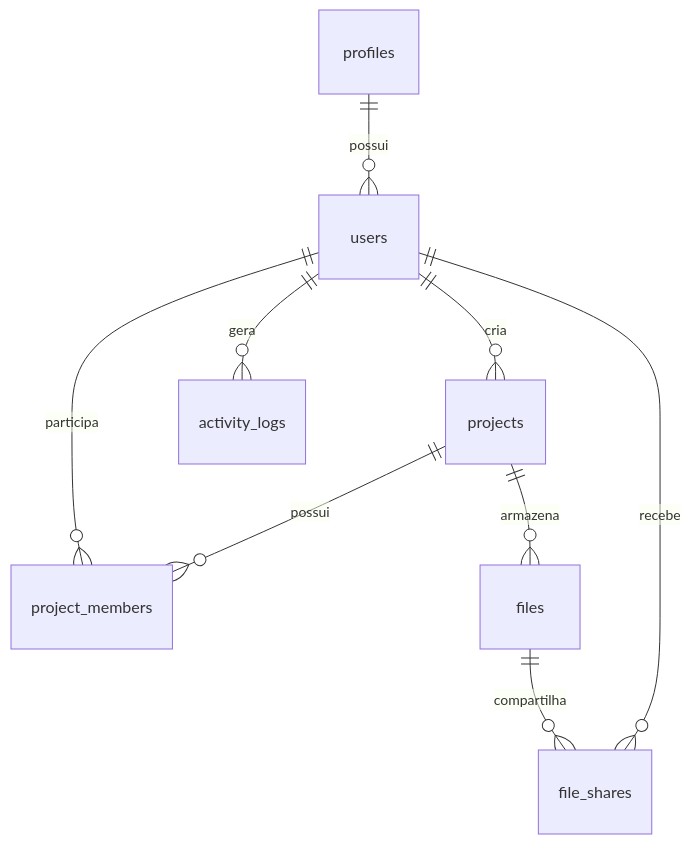
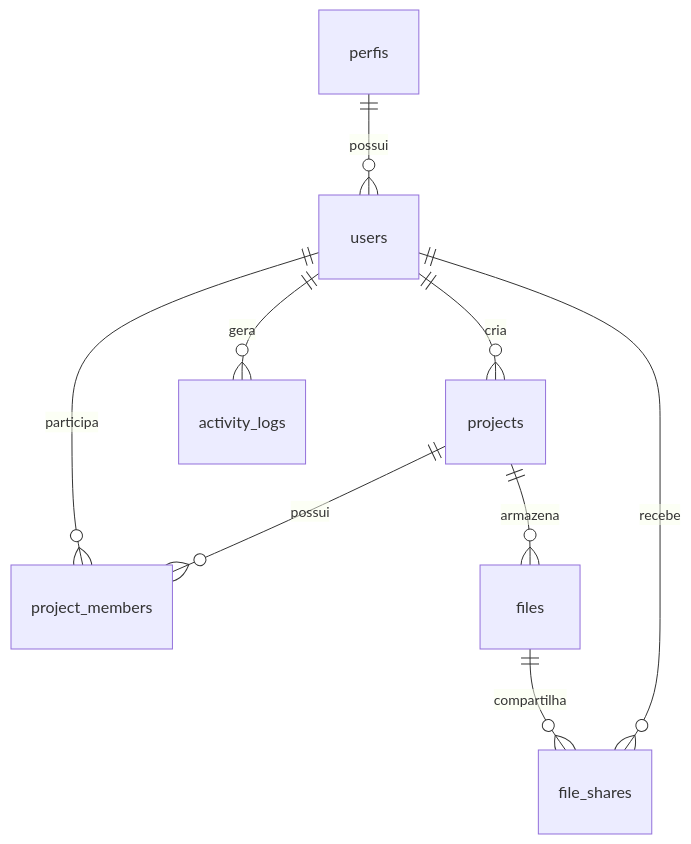
The diagram in wiki-dev.md (tecnologiawebnetsystem/armazenamento_cientifico), drawn with Mermaid before and after one commit. The commit also changed other lines of this file and 5 other files, not shown here.

Commit message:
feat: add perfil_id to UserOut schema and update user update logic

````diff
--- a/wiki-dev.md
+++ b/wiki-dev.md
@@ -408,11 +408,11 @@
 ```mermaid
 erDiagram
-  profiles ||--o{ users : possui
+  perfis ||--o{ users : possui
   users ||--o{ projects : cria
   users ||--o{ project_members : participa
   projects ||--o{ project_members : possui
   projects ||--o{ files : armazena
   files ||--o{ file_shares : compartilha
   users ||--o{ file_shares : recebe
   users ||--o{ activity_logs : gera
 ```
````
